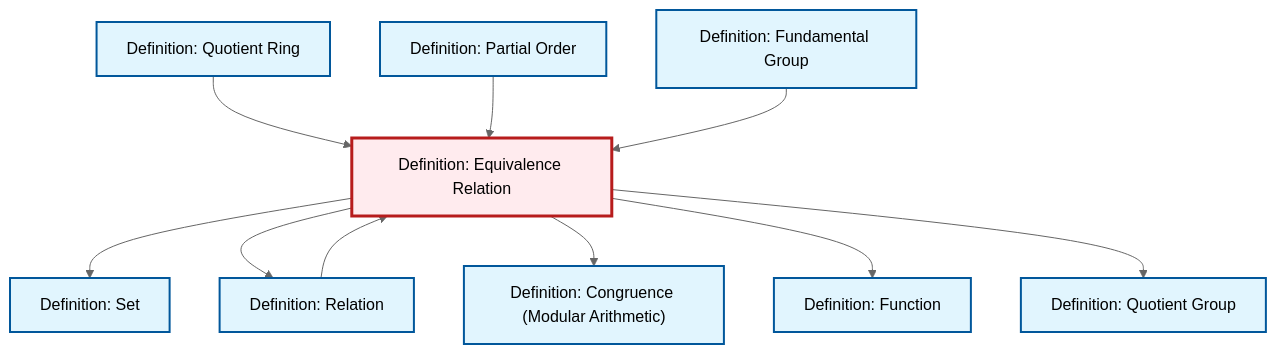
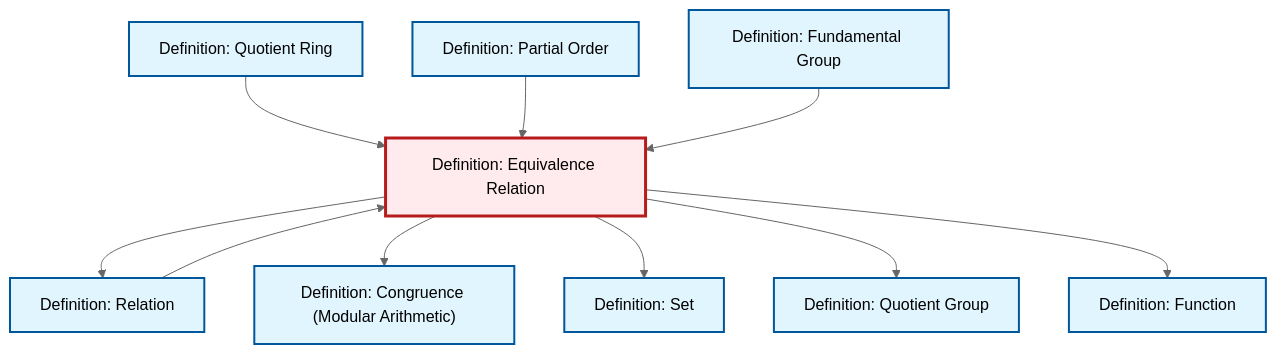
The diagram in content/en/logic-set-theory/def-equivalence-relation.qmd (RK0429/ModernMath), drawn with Mermaid (neutral theme) before and after one commit. The commit also changed other lines of this file and 672 other files, not shown here.

````diff
--- a/content/en/logic-set-theory/def-equivalence-relation.qmd
+++ b/content/en/logic-set-theory/def-equivalence-relation.qmd
@@ -115,36 +115,36 @@
 ```{mermaid}
 %%| fig-cap: "Local dependency graph"
 graph TD
     classDef definition fill:#e1f5fe,stroke:#01579b,stroke-width:2px
     classDef theorem fill:#f3e5f5,stroke:#4a148c,stroke-width:2px
     classDef axiom fill:#fff3e0,stroke:#e65100,stroke-width:2px
     classDef example fill:#e8f5e9,stroke:#1b5e20,stroke-width:2px
     classDef current fill:#ffebee,stroke:#b71c1c,stroke-width:3px
+    def-set["Definition: Set"]:::definition
+    def-partial-order["Definition: Partial Order"]:::definition
+    def-quotient-group["Definition: Quotient Group"]:::definition
+    def-function["Definition: Function"]:::definition
     def-congruence["Definition: Congruence (Modular Arithmetic)"]:::definition
+    def-equivalence-relation["Definition: Equivalence Relation"]:::definition
+    def-relation["Definition: Relation"]:::definition
     def-fundamental-group["Definition: Fundamental Group"]:::definition
-    def-partial-order["Definition: Partial Order"]:::definition
-    def-set["Definition: Set"]:::definition
-    def-equivalence-relation["Definition: Equivalence Relation"]:::definition
-    def-function["Definition: Function"]:::definition
     def-quotient-ring["Definition: Quotient Ring"]:::definition
-    def-quotient-group["Definition: Quotient Group"]:::definition
-    def-relation["Definition: Relation"]:::definition
+    def-relation --> def-equivalence-relation
+    def-equivalence-relation --> def-relation
+    def-quotient-ring --> def-equivalence-relation
+    def-equivalence-relation --> def-congruence
     def-equivalence-relation --> def-set
-    def-equivalence-relation --> def-relation
-    def-equivalence-relation --> def-congruence
+    def-partial-order --> def-equivalence-relation
+    def-equivalence-relation --> def-quotient-group
+    def-fundamental-group --> def-equivalence-relation
     def-equivalence-relation --> def-function
-    def-quotient-ring --> def-equivalence-relation
-    def-partial-order --> def-equivalence-relation
-    def-fundamental-group --> def-equivalence-relation
-    def-relation --> def-equivalence-relation
-    def-equivalence-relation --> def-quotient-group
     class def-equivalence-relation current
+    click def-set "def-set.html" "Go to Set definition"
+    click def-partial-order "def-partial-order.html" "Go to Partial Order definition"
+    click def-quotient-group "def-quotient-group.html" "Go to Quotient Group definition"
+    click def-function "def-function.html" "Go to Function definition"
     click def-congruence "def-congruence.html" "Go to Congruence (Modular Arithmetic) definition"
+    click def-relation "def-relation.html" "Go to Relation definition"
     click def-fundamental-group "def-fundamental-group.html" "Go to Fundamental Group definition"
-    click def-partial-order "def-partial-order.html" "Go to Partial Order definition"
-    click def-set "def-set.html" "Go to Set definition"
-    click def-function "def-function.html" "Go to Function definition"
     click def-quotient-ring "def-quotient-ring.html" "Go to Quotient Ring definition"
-    click def-quotient-group "def-quotient-group.html" "Go to Quotient Group definition"
-    click def-relation "def-relation.html" "Go to Relation definition"
 ```
````
